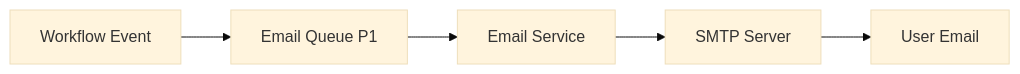
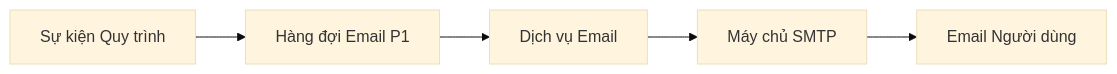
Before and after one commit to Ng0cTh4nhk5/ufpms-docs: the second of 5 diagrams in docs/06_Diagrams/Context/external_integrations.md, drawn with Mermaid (base theme). The commit also changed other lines of this file and 70 other files, not shown here.

````diff
--- a/docs/06_Diagrams/Context/external_integrations.md
+++ b/docs/06_Diagrams/Context/external_integrations.md
@@ -85,7 +85,7 @@
 ```mermaid
 flowchart LR
-    Event[Workflow Event] --> Queue[Email Queue P1]
-    Queue --> EmailService[Email Service]
-    EmailService --> SMTP[SMTP Server]
-    SMTP --> Recipient[User Email]
+    Event[Sự kiện Quy trình] --> Queue[Hàng đợi Email P1]
+    Queue --> EmailService[Dịch vụ Email]
+    EmailService --> SMTP[Máy chủ SMTP]
+    SMTP --> Recipient[Email Người dùng]
 ```
````
